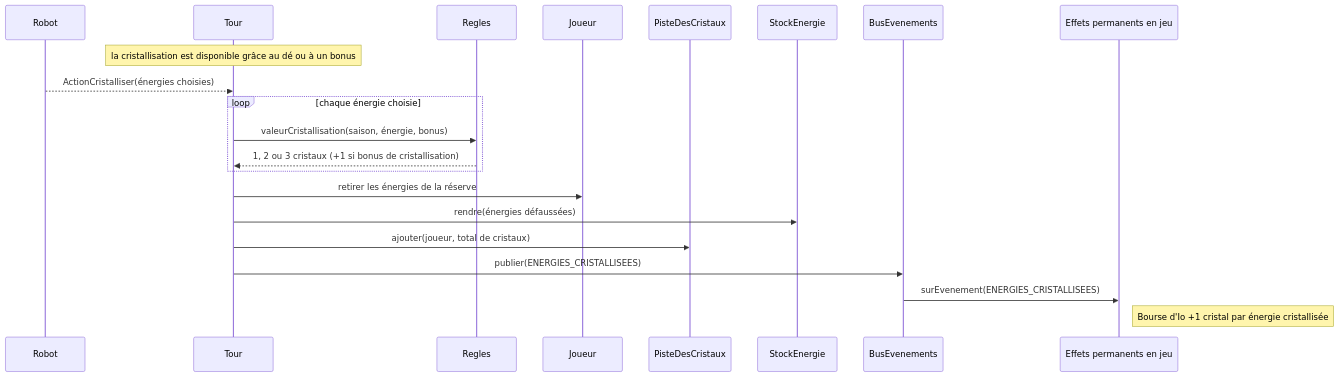
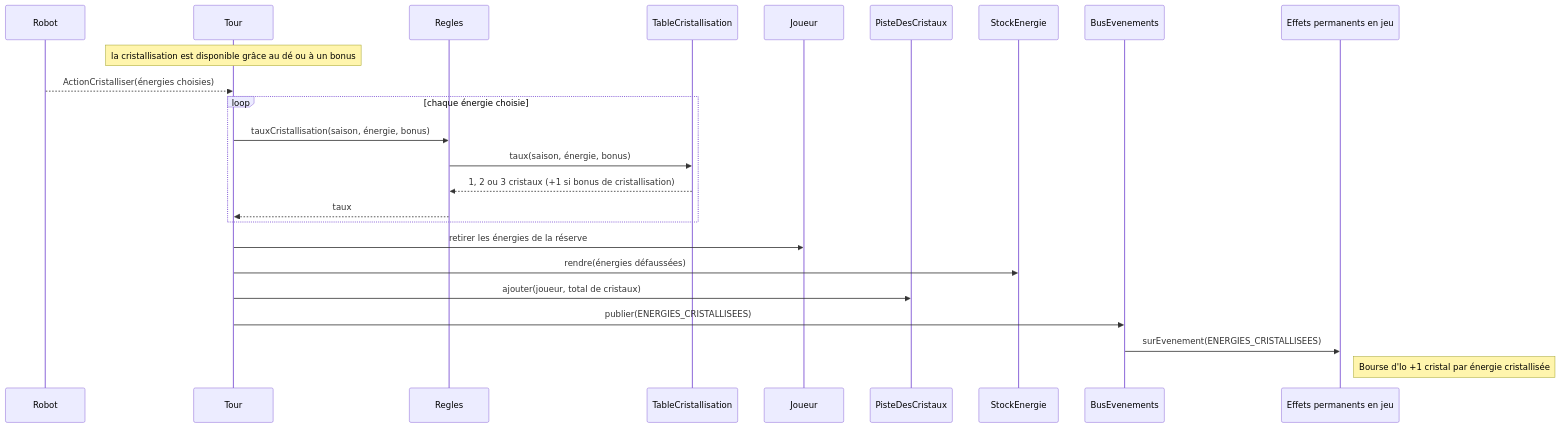
One commit to MARTINA-niels/SAE-SEASON-Depot-personnel changed the sixth of 8 diagrams in livrable1/sprint1-dossier-conception/docs/07-sequences.md. Above: the diagram before and after it, drawn with Mermaid. The commit also changed other lines of this file and 14 other files, not shown here.

````diff
--- a/livrable1/sprint1-dossier-conception/docs/07-sequences.md
+++ b/livrable1/sprint1-dossier-conception/docs/07-sequences.md
@@ -169,24 +169,27 @@
 ```mermaid
 sequenceDiagram
     participant R as Robot
     participant T as Tour
     participant Rg as Regles
+    participant Tc as TableCristallisation
     participant J as Joueur
     participant Pc as PisteDesCristaux
     participant St as StockEnergie
     participant Bus as BusEvenements
     participant Ep as Effets permanents en jeu
 
     Note over T: la cristallisation est disponible grâce au dé ou à un bonus
     R-->>T: ActionCristalliser(énergies choisies)
     loop chaque énergie choisie
-        T->>Rg: valeurCristallisation(saison, énergie, bonus)
-        Rg-->>T: 1, 2 ou 3 cristaux (+1 si bonus de cristallisation)
+        T->>Rg: tauxCristallisation(saison, énergie, bonus)
+        Rg->>Tc: taux(saison, énergie, bonus)
+        Tc-->>Rg: 1, 2 ou 3 cristaux (+1 si bonus de cristallisation)
+        Rg-->>T: taux
     end
     T->>J: retirer les énergies de la réserve
     T->>St: rendre(énergies défaussées)
     T->>Pc: ajouter(joueur, total de cristaux)
     T->>Bus: publier(ENERGIES_CRISTALLISEES)
     Bus->>Ep: surEvenement(ENERGIES_CRISTALLISEES)
     Note right of Ep: Bourse d'Io +1 cristal par énergie cristallisée
 ```
````
